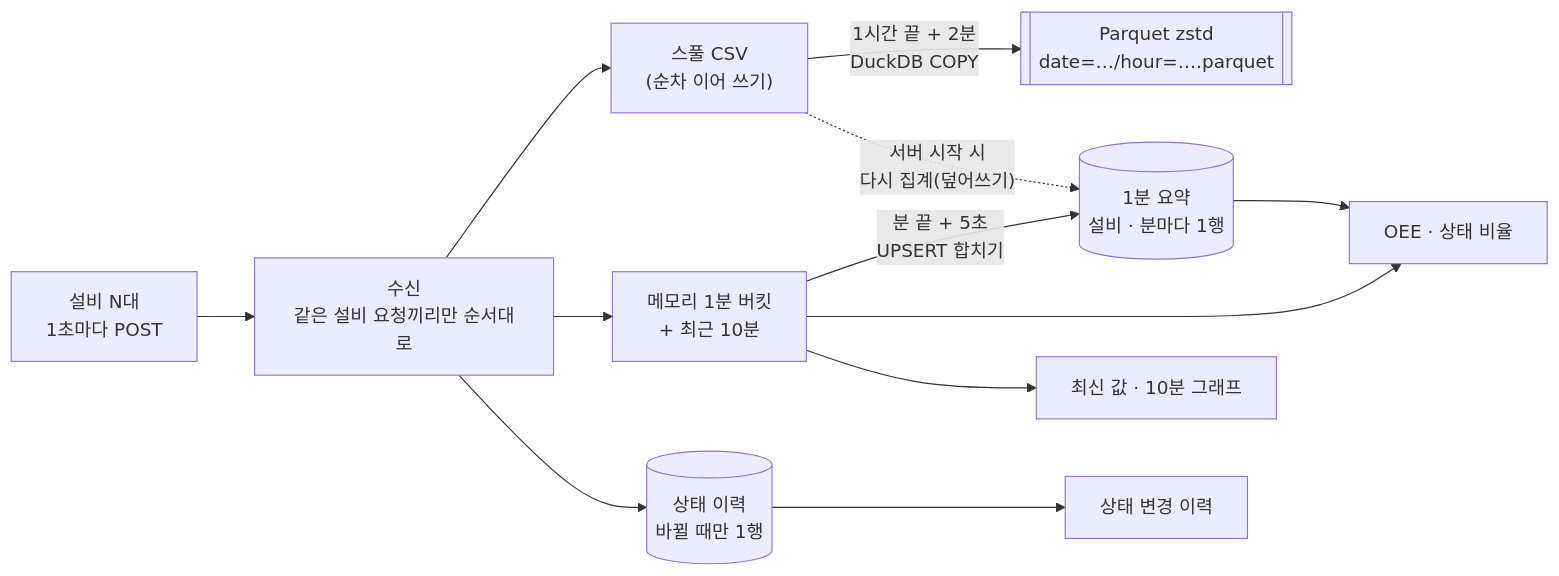
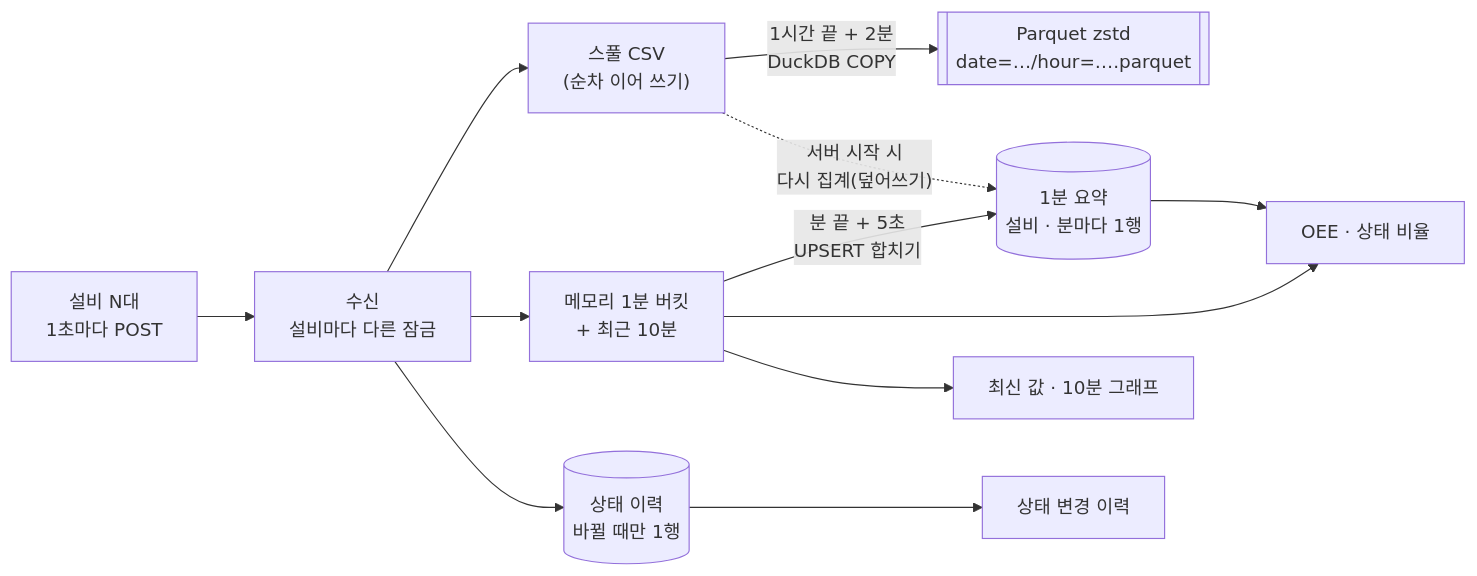
The diagram in docs/experiments/sensor-rollup/README.md (popcorn0125/mes-study), drawn with Mermaid before and after one commit. The commit also changed other lines of this file and 1 other file, not shown here.

````diff
--- a/docs/experiments/sensor-rollup/README.md
+++ b/docs/experiments/sensor-rollup/README.md
@@ -148,13 +174,13 @@
 ```mermaid
 flowchart LR
-    E["설비 N대<br/>1초마다 POST"] --> API["수신<br/>같은 설비 요청끼리만 순서대로"]
+    E["설비 N대<br/>1초마다 POST"] --> API["수신<br/>설비마다 다른 잠금"]
     API --> SPOOL["스풀 CSV<br/>(순차 이어 쓰기)"]
     API --> AGG["메모리 1분 버킷<br/>+ 최근 10분"]
     API --> CHG[("상태 이력<br/>바뀔 때만 1행")]
     AGG -- "분 끝 + 5초<br/>UPSERT 합치기" --> MIN[("1분 요약<br/>설비 · 분마다 1행")]
     SPOOL -- "1시간 끝 + 2분<br/>DuckDB COPY" --> PQ[["Parquet zstd<br/>date=…/hour=….parquet"]]
     SPOOL -. "서버 시작 시<br/>다시 집계(덮어쓰기)" .-> MIN
     MIN & AGG --> OEE["OEE · 상태 비율"]
     AGG --> LIVE["최신 값 · 10분 그래프"]
     CHG --> HIST["상태 변경 이력"]
 ```
````
